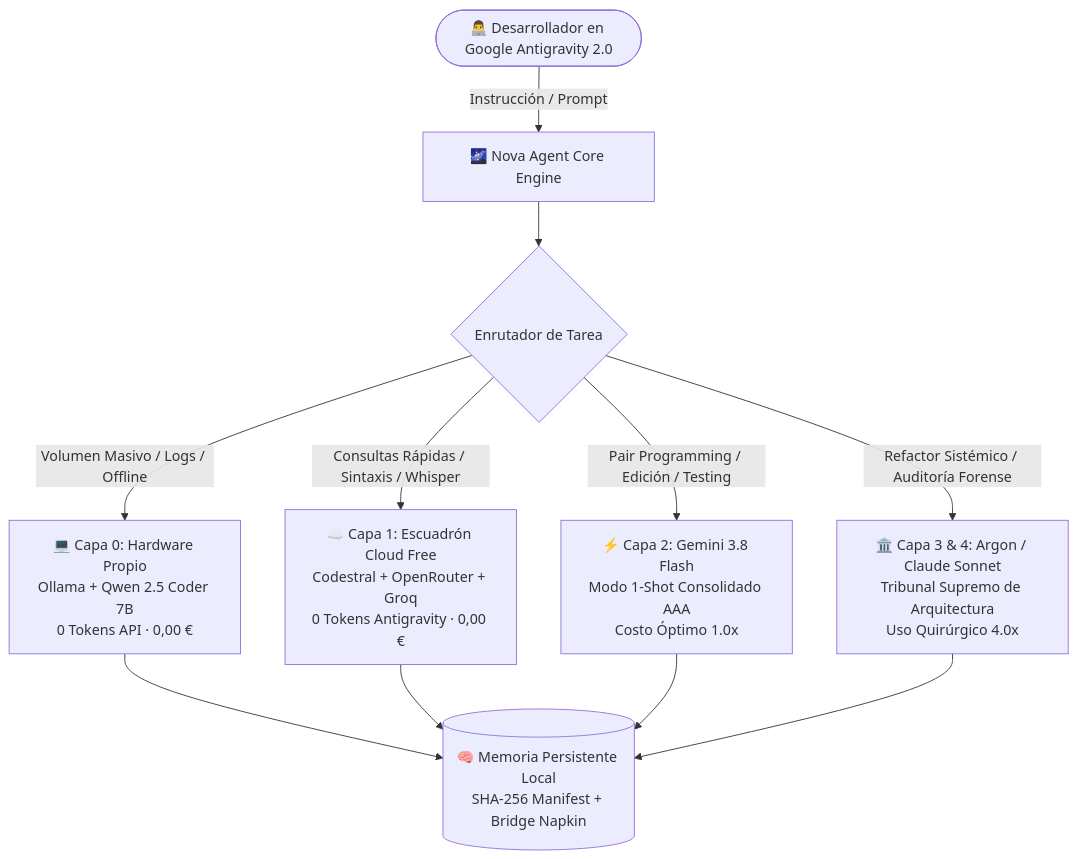
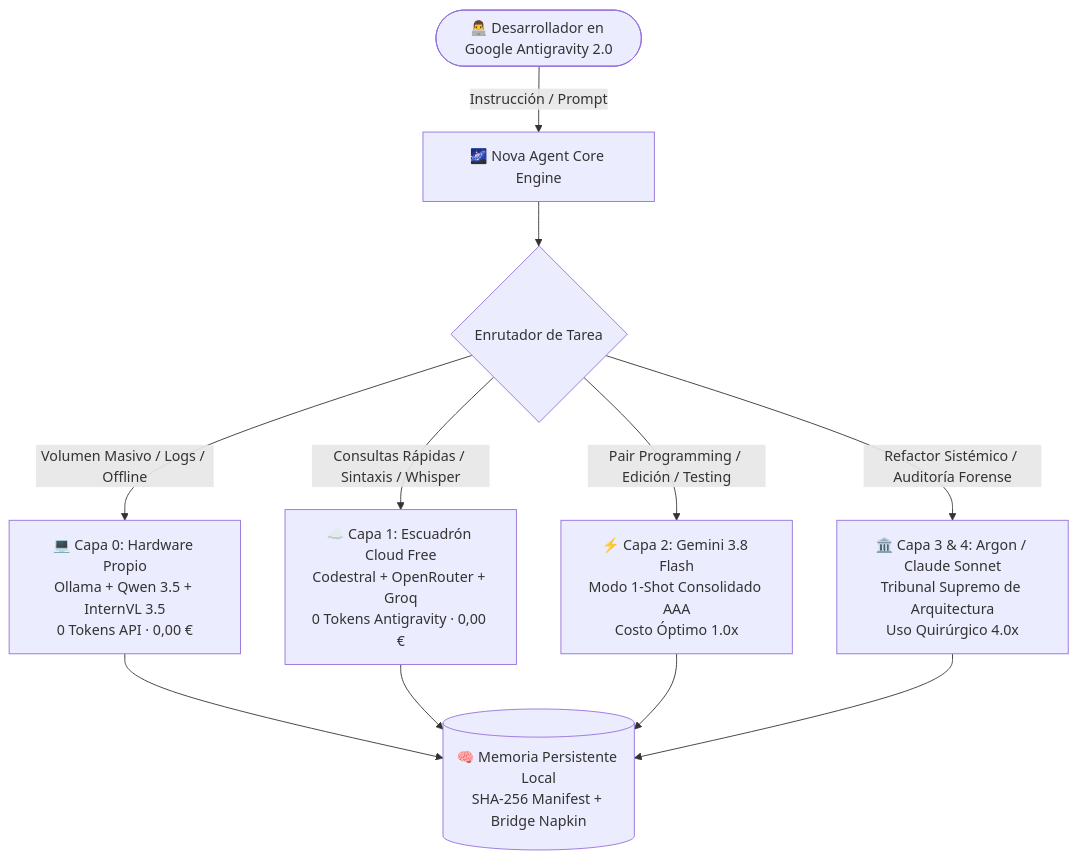
The diagram in README.md (Luaz2021/Nova-Agent-Core-Demo), drawn with Mermaid before and after one commit. The commit also changed other lines of this file, not shown here.

Commit message:
docs(readme): novedades v3.0, actualizar sin perder nada, IA local qwen3.5 e instalacion interactiva

````diff
--- a/README.md
+++ b/README.md
@@ -57,16 +48,16 @@
 ```mermaid
 flowchart TD
     User([👨‍💻 Desarrollador en Google Antigravity 2.0]) -->|Instrucción / Prompt| Nova[🌌 Nova Agent Core Engine]
     
     Nova --> Dispatcher{Enrutador de Tarea}
     
-    Dispatcher -->|Volumen Masivo / Logs / Offline| Capa0[💻 Capa 0: Hardware Propio<br>Ollama + Qwen 2.5 Coder 7B<br>0 Tokens API · 0,00 €]
+    Dispatcher -->|Volumen Masivo / Logs / Offline| Capa0[💻 Capa 0: Hardware Propio<br>Ollama + Qwen 3.5 + InternVL 3.5<br>0 Tokens API · 0,00 €]
     Dispatcher -->|Consultas Rápidas / Sintaxis / Whisper| Capa1[☁️ Capa 1: Escuadrón Cloud Free<br>Codestral + OpenRouter + Groq<br>0 Tokens Antigravity · 0,00 €]
     Dispatcher -->|Pair Programming / Edición / Testing| Capa2[⚡ Capa 2: Gemini 3.8 Flash<br>Modo 1-Shot Consolidado AAA<br>Costo Óptimo 1.0x]
     Dispatcher -->|Refactor Sistémico / Auditoría Forense| Capa3[🏛️ Capa 3 & 4: Argon / Claude Sonnet<br>Tribunal Supremo de Arquitectura<br>Uso Quirúrgico 4.0x]
     
     Capa0 --> LocalVault[(🧠 Memoria Persistente Local<br>SHA-256 Manifest + Bridge Napkin)]
     Capa1 --> LocalVault
     Capa2 --> LocalVault
     Capa3 --> LocalVault
 ```
````
